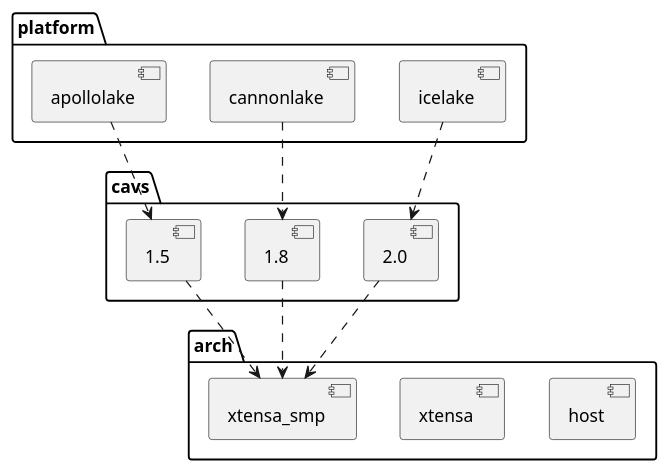
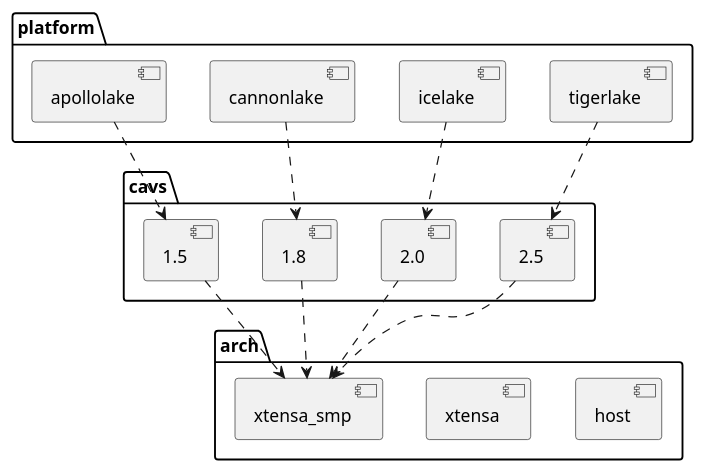
The diagram in platforms/intel-cavs/images/cavs-platform-deps.pu (thesofproject/sof-docs), drawn with PlantUML before and after one commit. The commit also changed 5 other files, not shown here.

```diff
--- a/platforms/intel-cavs/images/cavs-platform-deps.pu
+++ b/platforms/intel-cavs/images/cavs-platform-deps.pu
@@ -1,25 +1,29 @@
 package cavs {
+   component 2.5
    component 2.0
    component 1.8
    component 1.5
 }
 
 package arch {
    component host
    component xtensa
    component xtensa_smp
 }
 
 1.5 ..> xtensa_smp
 1.8 ..> xtensa_smp
 2.0 ..> xtensa_smp
+2.5 ..> xtensa_smp
 
 package platform {
    component icelake
    component cannonlake
    component apollolake
+   component tigerlake
 }
 
 apollolake ..> 1.5
 cannonlake ..> 1.8
 icelake ..> 2.0
+tigerlake ..> 2.5
```
